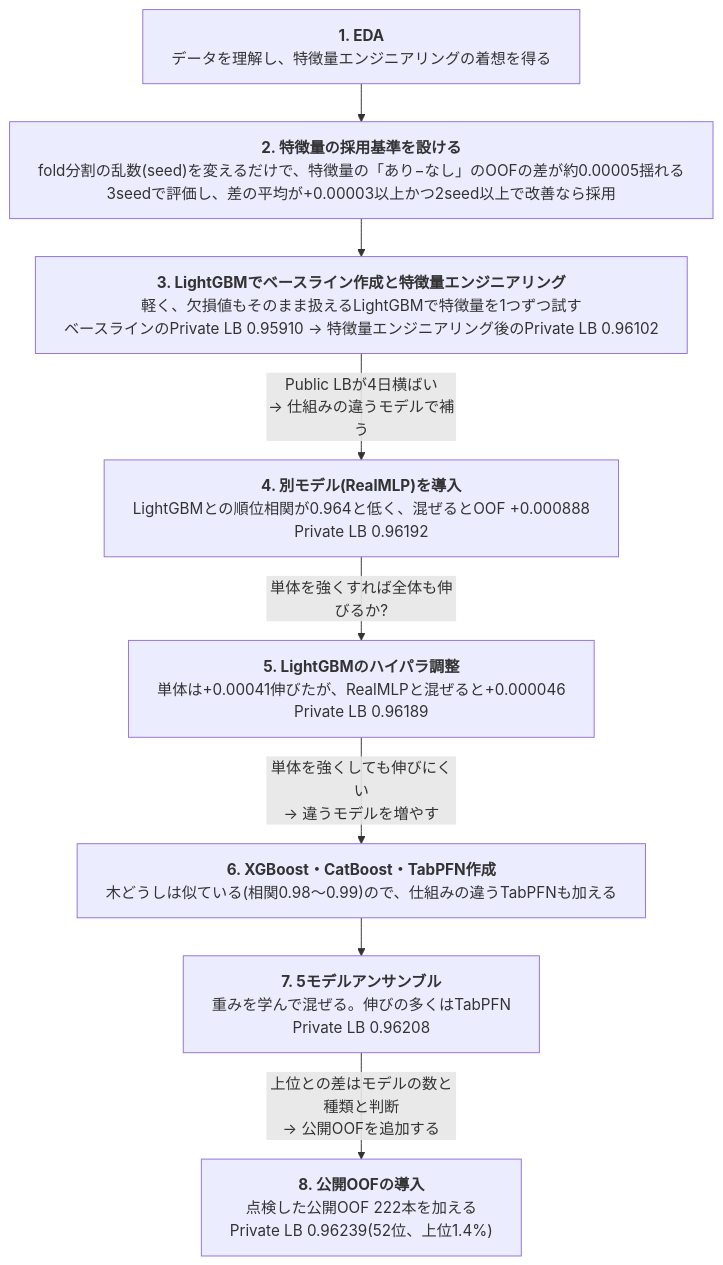
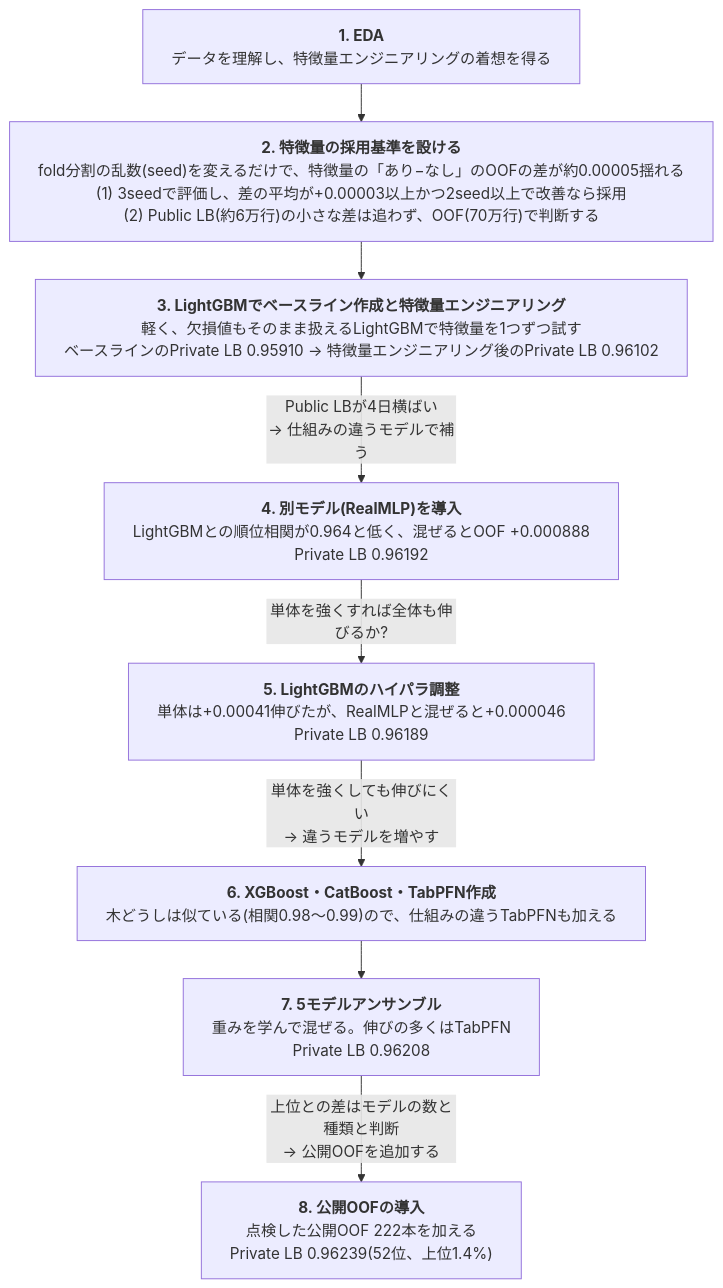
Before and after one commit to aramaki5443-art/kaggle-s6e10-airline-satisfaction: the first of 3 diagrams in README.md, drawn with Mermaid.

Commit message:
README: フロー図2の箱に「Public LBの小さな差は追わない」を(2)として追加
Claude-Session: https://claude.ai/code/session_01W4XQw12fApd9PttvvKTwbS

````diff
--- a/README.md
+++ b/README.md
@@ -21,23 +21,23 @@
 ```mermaid
 ---
 config:
   flowchart:
     wrappingWidth: 800
     rankSpacing: 40
 ---
 flowchart TD
   S1["<b>1. EDA</b><br>データを理解し、特徴量エンジニアリングの着想を得る"]
-  SC["<b>2. 特徴量の採用基準を設ける</b><br>fold分割の乱数(seed)を変えるだけで、特徴量の「あり−なし」のOOFの差が約0.00005揺れる<br>3seedで評価し、差の平均が+0.00003以上かつ2seed以上で改善なら採用"]
+  SC["<b>2. 特徴量の採用基準を設ける</b><br>fold分割の乱数(seed)を変えるだけで、特徴量の「あり−なし」のOOFの差が約0.00005揺れる<br>(1) 3seedで評価し、差の平均が+0.00003以上かつ2seed以上で改善なら採用<br>(2) Public LB(約6万行)の小さな差は追わず、OOF(70万行)で判断する"]
   S2["<b>3. LightGBMでベースライン作成と特徴量エンジニアリング</b><br>軽く、欠損値もそのまま扱えるLightGBMで特徴量を1つずつ試す<br>ベースラインのPrivate LB 0.95910 → 特徴量エンジニアリング後のPrivate LB 0.96102"]
   S3["<b>4. 別モデル(RealMLP)を導入</b><br>LightGBMとの順位相関が0.964と低く、混ぜるとOOF +0.000888<br>Private LB 0.96192"]
   S4["<b>5. LightGBMのハイパラ調整</b><br>単体は+0.00041伸びたが、RealMLPと混ぜると+0.000046<br>Private LB 0.96189"]
   S5["<b>6. XGBoost・CatBoost・TabPFN作成</b><br>木どうしは似ている(相関0.98〜0.99)ので、仕組みの違うTabPFNも加える"]
   S6["<b>7. 5モデルアンサンブル</b><br>重みを学んで混ぜる。伸びの多くはTabPFN<br>Private LB 0.96208"]
   S7["<b>8. 公開OOFの導入</b><br>点検した公開OOF 222本を加える<br>Private LB 0.96239(52位、上位1.4%)"]
   S1 --> SC --> S2
   S2 -->|"Public LBが4日横ばい<br>→ 仕組みの違うモデルで補う"| S3
   S3 -->|"単体を強くすれば全体も伸びるか?"| S4
   S4 -->|"単体を強くしても伸びにくい<br>→ 違うモデルを増やす"| S5
   S5 --> S6
   S6 -->|"上位との差はモデルの数と種類と判断<br>→ 公開OOFを追加する"| S7
 ```
````
